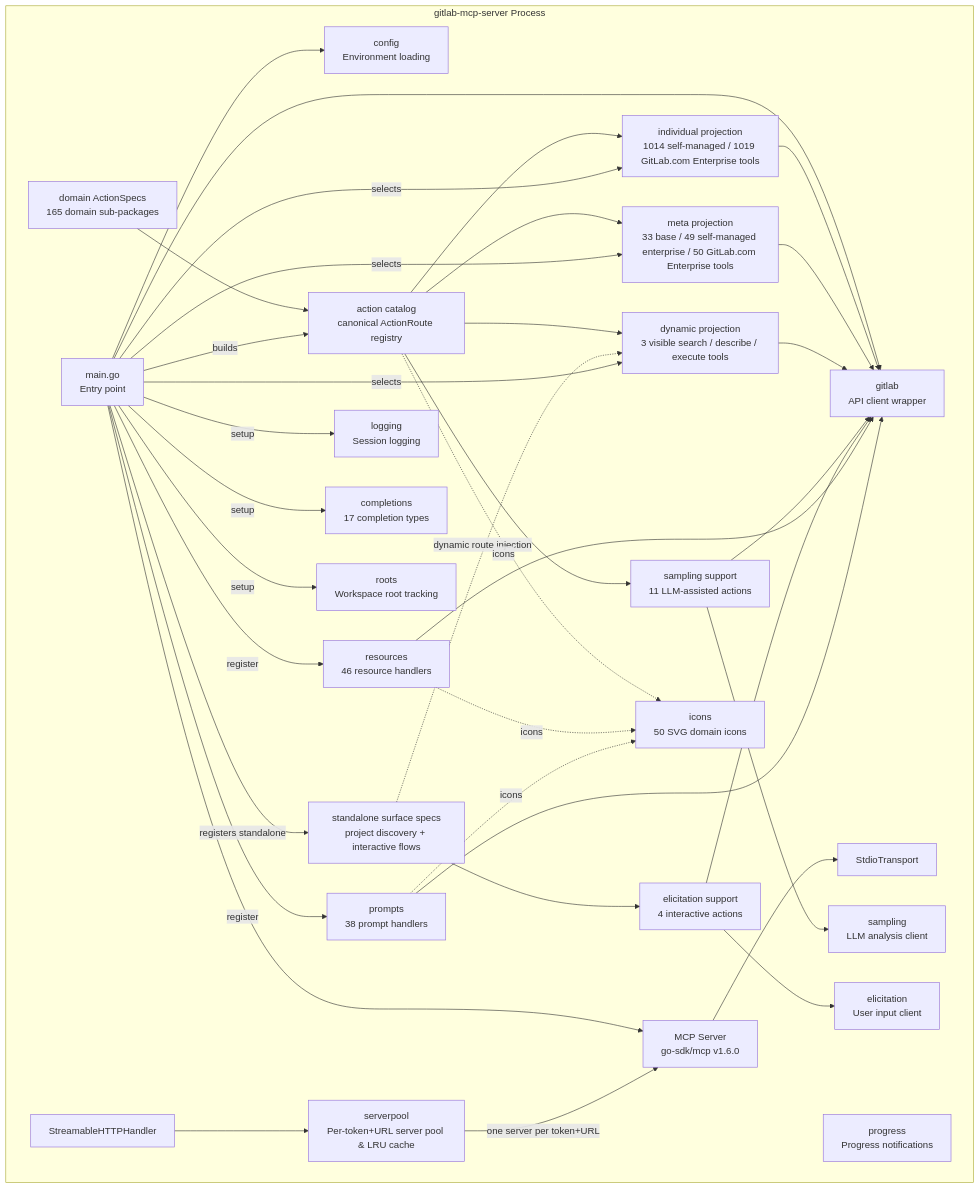
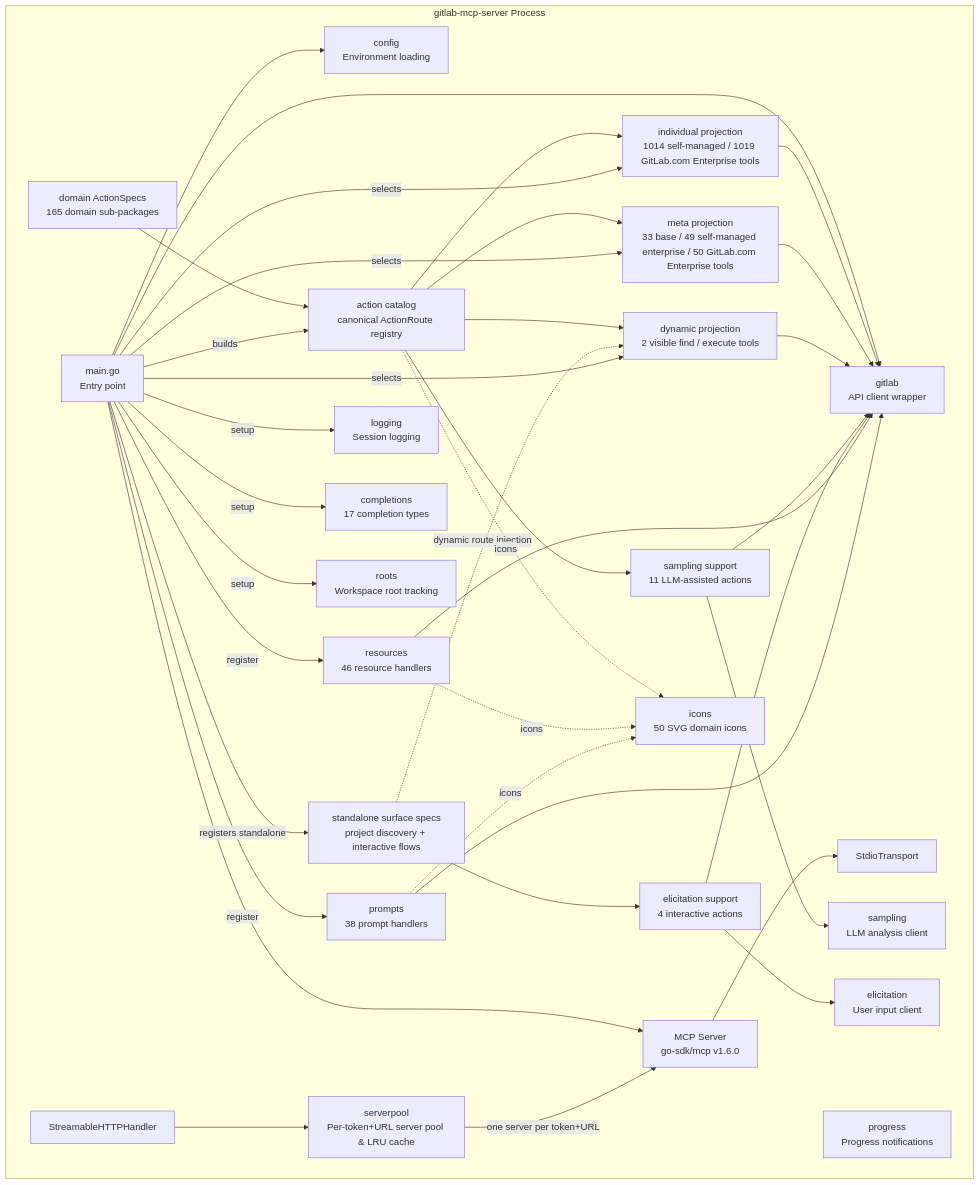
Before and after one commit to jmrplens/gitlab-mcp-server: the third of 11 diagrams in docs/architecture.md, drawn with Mermaid. The commit also changed other lines of this file and 179 other files, not shown here.

````diff
--- a/docs/architecture.md
+++ b/docs/architecture.md
@@ -64,65 +64,65 @@
 ```mermaid
 graph TD
     subgraph "gitlab-mcp-server Process"
         MAIN[main.go<br/>Entry point]
         CFG[config<br/>Environment loading]
         GL[gitlab<br/>API client wrapper]
         SPECS[domain ActionSpecs<br/>165 domain sub-packages]
         CATALOG[action catalog<br/>canonical ActionRoute registry]
         STANDALONE[standalone surface specs<br/>project discovery + interactive flows]
         IND[individual projection<br/>1014 self-managed / 1019 GitLab.com Enterprise tools]
         META[meta projection<br/>33 base / 49 self-managed enterprise / 50 GitLab.com Enterprise tools]
-        DYN[dynamic projection<br/>3 visible search / describe / execute tools]
+        DYN[dynamic projection<br/>2 visible find / execute tools]
         SAMP[sampling support<br/>11 LLM-assisted actions]
         ELIC[elicitation support<br/>4 interactive actions]
         RES[resources<br/>46 resource handlers]
         PROMPTS[prompts<br/>38 prompt handlers]
         LOG[logging<br/>Session logging]
         COMP[completions<br/>17 completion types]
         ROOTS[roots<br/>Workspace root tracking]
         PROG[progress<br/>Progress notifications]
         SAMPLING[sampling<br/>LLM analysis client]
         ELICIT[elicitation<br/>User input client]
         ICN[icons<br/>50 SVG domain icons]
         SRV[MCP Server<br/>go-sdk/mcp v1.6.0]
         STDIO[StdioTransport]
         HTTP[StreamableHTTPHandler]
         POOL[serverpool<br/>Per-token+URL server pool & LRU cache]
     end
 
     MAIN --> CFG
     MAIN --> GL
     MAIN --> SRV
     SRV --> STDIO
     HTTP --> POOL
     POOL -->|one server per token+URL| SRV
     SPECS --> CATALOG
     CATALOG --> IND
     CATALOG --> META
     CATALOG --> DYN
     CATALOG --> SAMP
     STANDALONE --> ELIC
     STANDALONE -.->|dynamic route injection| DYN
     IND --> GL
     META --> GL
     DYN --> GL
     SAMP --> GL
     ELIC --> GL
     SAMP --> SAMPLING
     ELIC --> ELICIT
     RES --> GL
     PROMPTS --> GL
     MAIN -->|builds| CATALOG
     MAIN -->|selects| IND
     MAIN -->|selects| META
     MAIN -->|selects| DYN
     MAIN -->|registers standalone| STANDALONE
     MAIN -->|register| RES
     MAIN -->|register| PROMPTS
     CATALOG -.->|icons| ICN
     RES -.->|icons| ICN
     PROMPTS -.->|icons| ICN
     MAIN -->|setup| LOG
     MAIN -->|setup| COMP
     MAIN -->|setup| ROOTS
 ```
````
